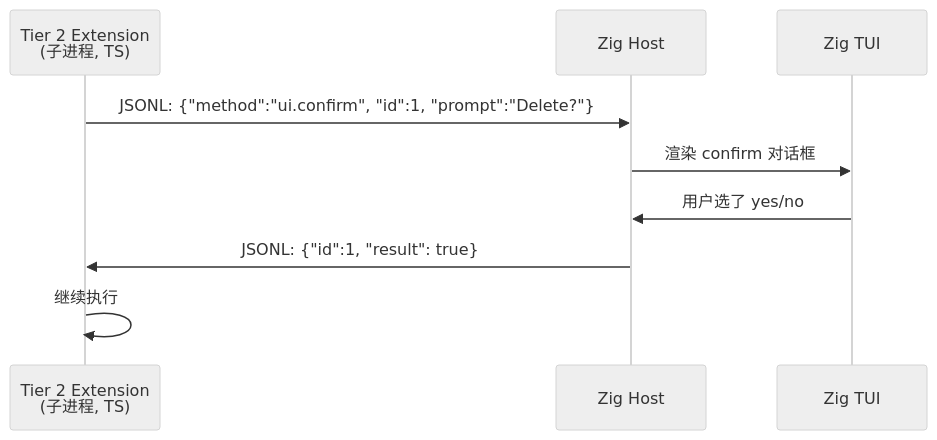
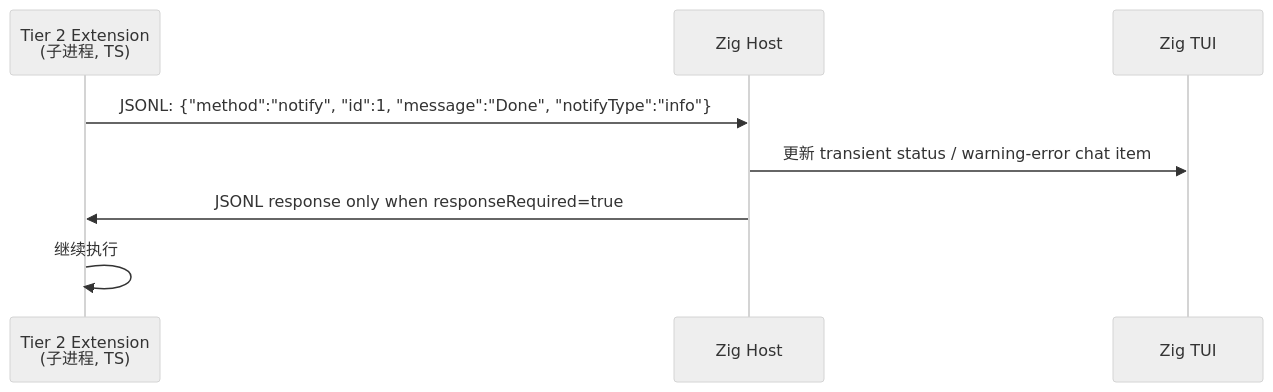
One commit to DaviRain-Su/pi-mono-zig changed the seventh of 9 diagrams in zig/docs/book/internals/extension-system.md. Above: the diagram before and after it, drawn with Mermaid (neutral theme). The commit also changed other lines of this file and 14 other files, not shown here.

Commit message:
docs: refresh phase 1 extension roadmap

````diff
--- a/zig/docs/book/internals/extension-system.md
+++ b/zig/docs/book/internals/extension-system.md
@@ -375,12 +393,11 @@
 ```mermaid
 sequenceDiagram
     participant Ext as Tier 2 Extension<br/>(子进程, TS)
     participant Host as Zig Host
     participant TUI as Zig TUI
 
-    Ext->>Host: JSONL: {"method":"ui.confirm", "id":1, "prompt":"Delete?"}
-    Host->>TUI: 渲染 confirm 对话框
-    TUI->>Host: 用户选了 yes/no
-    Host->>Ext: JSONL: {"id":1, "result": true}
+    Ext->>Host: JSONL: {"method":"notify", "id":1, "message":"Done", "notifyType":"info"}
+    Host->>TUI: 更新 transient status / warning-error chat item
+    Host->>Ext: JSONL response only when responseRequired=true
     Ext->>Ext: 继续执行
 ```
````
